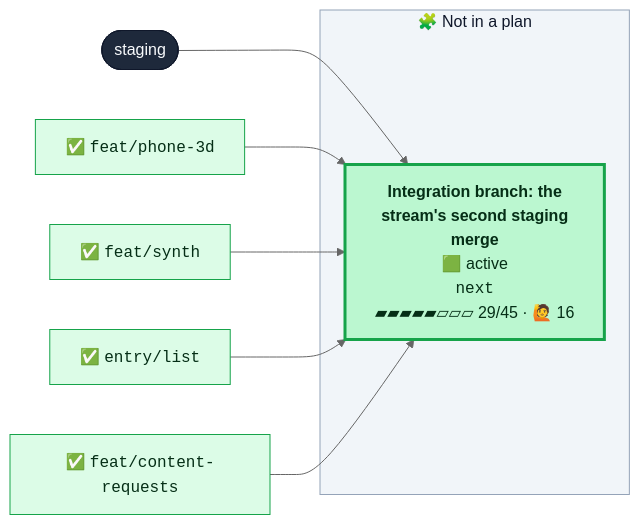
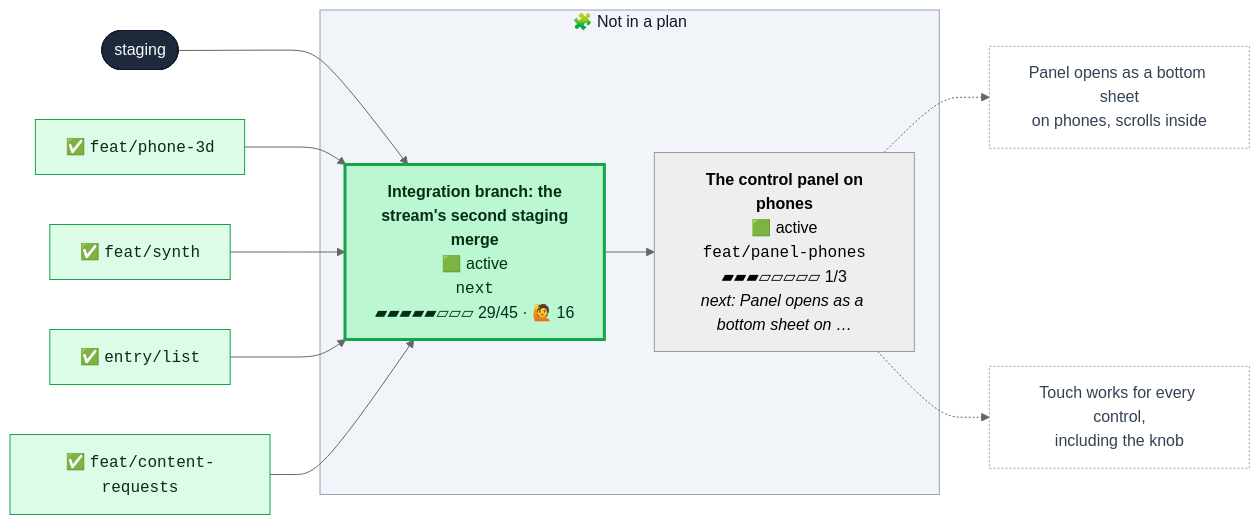
The first of 2 diagrams in CONTRIBUTING.md (henryjonescodes/portfolio), drawn with Mermaid (neutral theme) before and after one commit. The commit also changed other lines of this file and 1 other file, not shown here.

````diff
--- a/CONTRIBUTING.md
+++ b/CONTRIBUTING.md
@@ -16,32 +16,41 @@
 ```mermaid
 flowchart LR
   n_staging([staging])
   class n_staging trunk
   subgraph loose["🧩 Not in a plan"]
+    n_feat_panel_phones["<b>The control panel on<br/>phones</b><br/>🟩 active<br/><code>feat/panel-phones</code><br/>▰▰▰▱▱▱▱▱ 1/3<br/><i>next: Panel opens as a bottom sheet on …</i>"]
+    class n_feat_panel_phones active,current
     n_next["<b>Integration branch: the<br/>stream's second staging<br/>merge</b><br/>🟩 active<br/><code>next</code><br/>▰▰▰▰▰▱▱▱ 29/45 · 🙋 16"]
     class n_next active
   end
   style loose fill:#f1f5f9,stroke:#94a3b8,color:#0f172a
+  n_next --> n_feat_panel_phones
   n_staging --> n_next
+  n_feat_panel_phones_t0["Panel opens as a bottom sheet<br/>on phones, scrolls inside"]
+  class n_feat_panel_phones_t0 todo
+  n_feat_panel_phones -.-> n_feat_panel_phones_t0
+  n_feat_panel_phones_t1["Touch works for every control,<br/>including the knob"]
+  class n_feat_panel_phones_t1 todo
+  n_feat_panel_phones -.-> n_feat_panel_phones_t1
   n_next_m0["✅ <code>feat/phone-3d</code>"]
   class n_next_m0 merged
   n_next_m0 --> n_next
   n_next_m1["✅ <code>feat/synth</code>"]
   class n_next_m1 merged
   n_next_m1 --> n_next
   n_next_m2["✅ <code>entry/list</code>"]
   class n_next_m2 merged
   n_next_m2 --> n_next
   n_next_m3["✅ <code>feat/content-requests</code>"]
   class n_next_m3 merged
   n_next_m3 --> n_next
   classDef merged fill:#dcfce7,stroke:#16a34a,color:#052e16
   classDef todo fill:#ffffff,stroke:#94a3b8,stroke-dasharray:2 2,color:#334155
   classDef planned fill:#c7d2fe,stroke:#4f46e5,color:#1e1b4b
   classDef sketched fill:#f8fafc,stroke:#64748b,stroke-dasharray:4 3,color:#334155
   classDef active fill:#bbf7d0,stroke:#16a34a,stroke-width:3px,color:#052e16
   classDef review fill:#fde68a,stroke:#d97706,stroke-width:3px,color:#451a03
   classDef blocked fill:#fecaca,stroke:#dc2626,stroke-width:3px,color:#450a0a
   classDef trunk fill:#1e293b,stroke:#0f172a,color:#f8fafc
   classDef current stroke:#0ea5e9,stroke-width:5px
 ```
````
